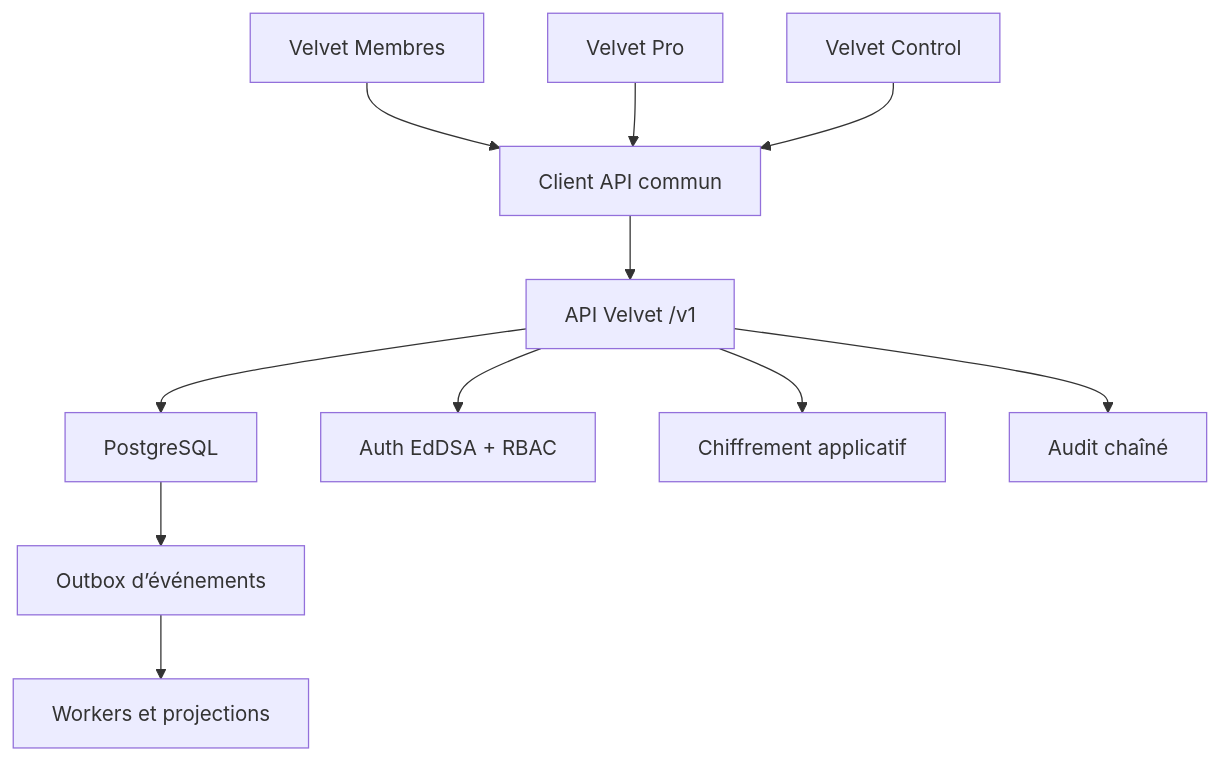
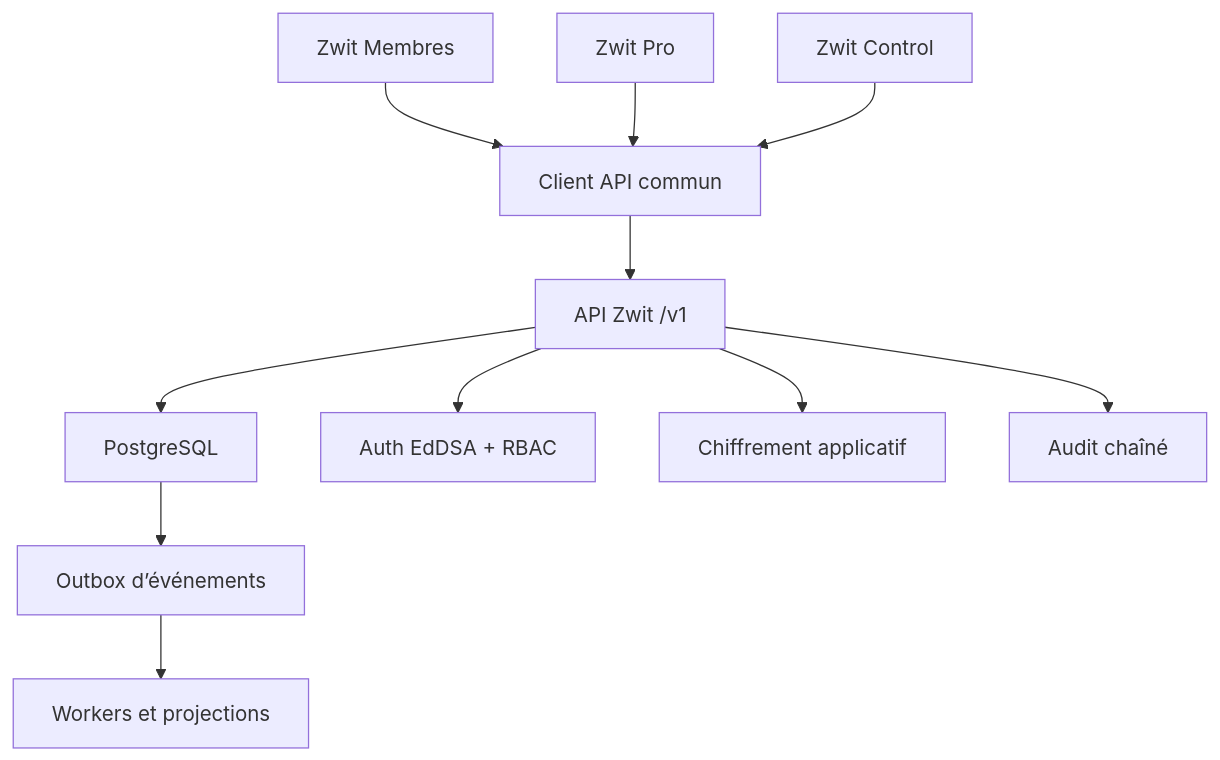
Before and after one commit to FitnDer2025/Application-Velvet: the diagram in docs/industrialization/ARCHITECTURE.md, drawn with Mermaid. The commit also changed other lines of this file and 295 other files, not shown here.

````diff
--- a/docs/industrialization/ARCHITECTURE.md
+++ b/docs/industrialization/ARCHITECTURE.md
@@ -19,13 +19,13 @@
 ```mermaid
 flowchart TB
-  M["Velvet Membres"] --> C["Client API commun"]
-  P["Velvet Pro"] --> C
-  O["Velvet Control"] --> C
-  C --> A["API Velvet /v1"]
+  M["Zwit Membres"] --> C["Client API commun"]
+  P["Zwit Pro"] --> C
+  O["Zwit Control"] --> C
+  C --> A["API Zwit /v1"]
   A --> DB["PostgreSQL"]
   A --> AU["Auth EdDSA + RBAC"]
   A --> EN["Chiffrement applicatif"]
   A --> AL["Audit chaîné"]
   DB --> OB["Outbox d’événements"]
   OB --> W["Workers et projections"]
 ```
````
